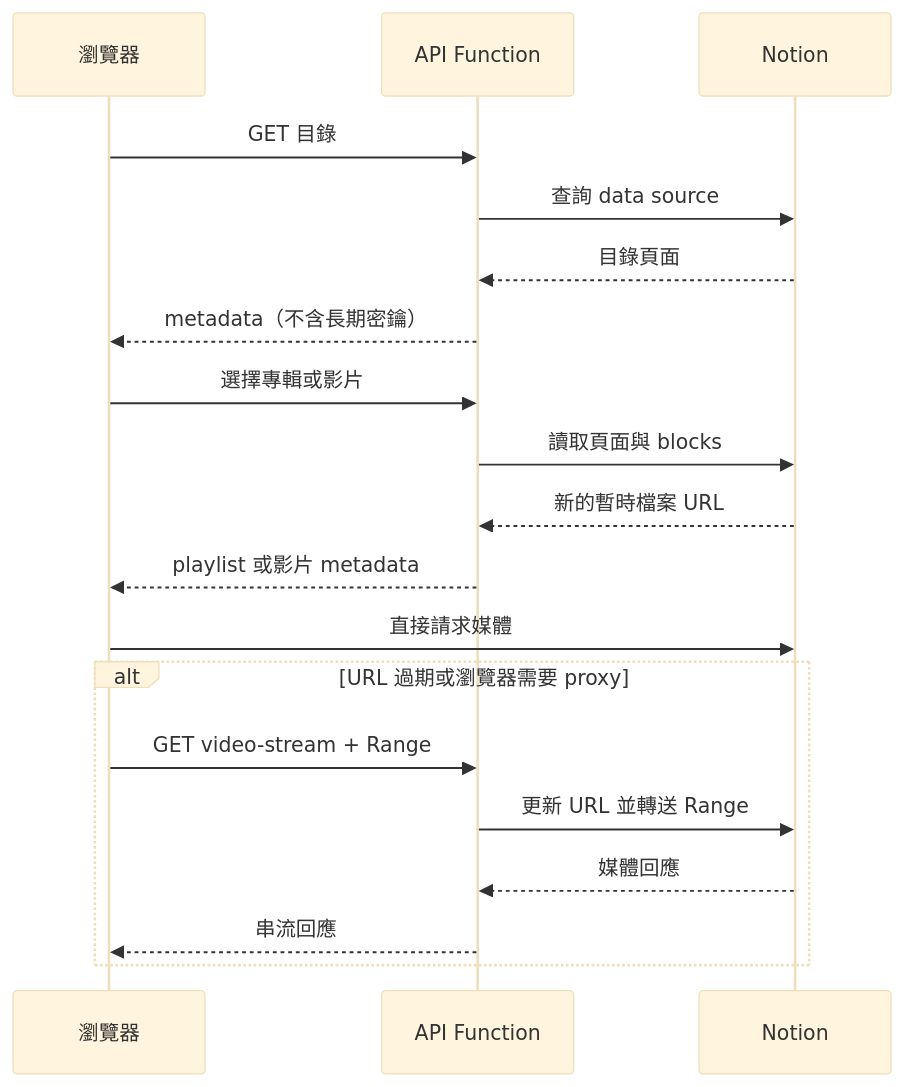
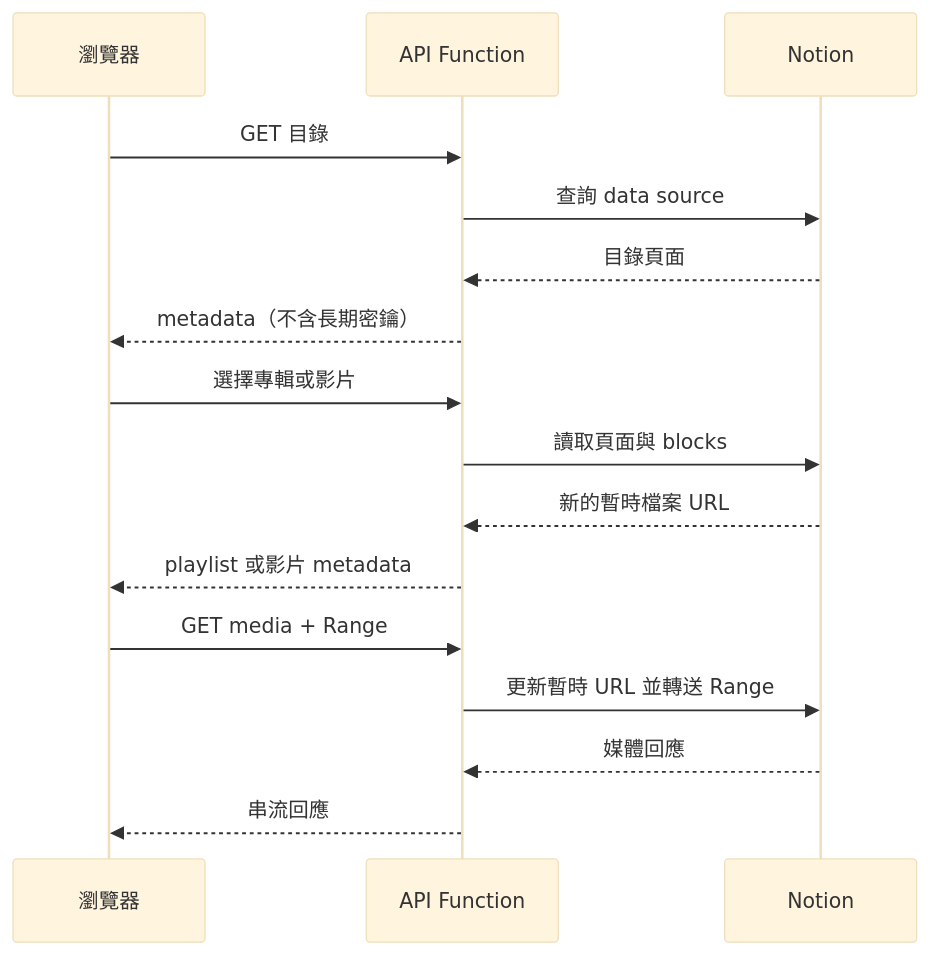
Before and after one commit to jason7773/notion-media-library: the second of 2 diagrams in docs/architecture.md, drawn with Mermaid (base theme). The commit also changed other lines of this file, not shown here.

Commit message:
Clarify public demo trust boundary

````diff
--- a/docs/architecture.md
+++ b/docs/architecture.md
@@ -32,21 +32,18 @@
 ```mermaid
 sequenceDiagram
   participant UI as 瀏覽器
   participant API as API Function
   participant N as Notion
   UI->>API: GET 目錄
   API->>N: 查詢 data source
   N-->>API: 目錄頁面
   API-->>UI: metadata（不含長期密鑰）
   UI->>API: 選擇專輯或影片
   API->>N: 讀取頁面與 blocks
   N-->>API: 新的暫時檔案 URL
   API-->>UI: playlist 或影片 metadata
-  UI->>N: 直接請求媒體
-  alt URL 過期或瀏覽器需要 proxy
-    UI->>API: GET video-stream + Range
-    API->>N: 更新 URL 並轉送 Range
-    N-->>API: 媒體回應
-    API-->>UI: 串流回應
-  end
+  UI->>API: GET media + Range
+  API->>N: 更新暫時 URL 並轉送 Range
+  N-->>API: 媒體回應
+  API-->>UI: 串流回應
 ```
````
